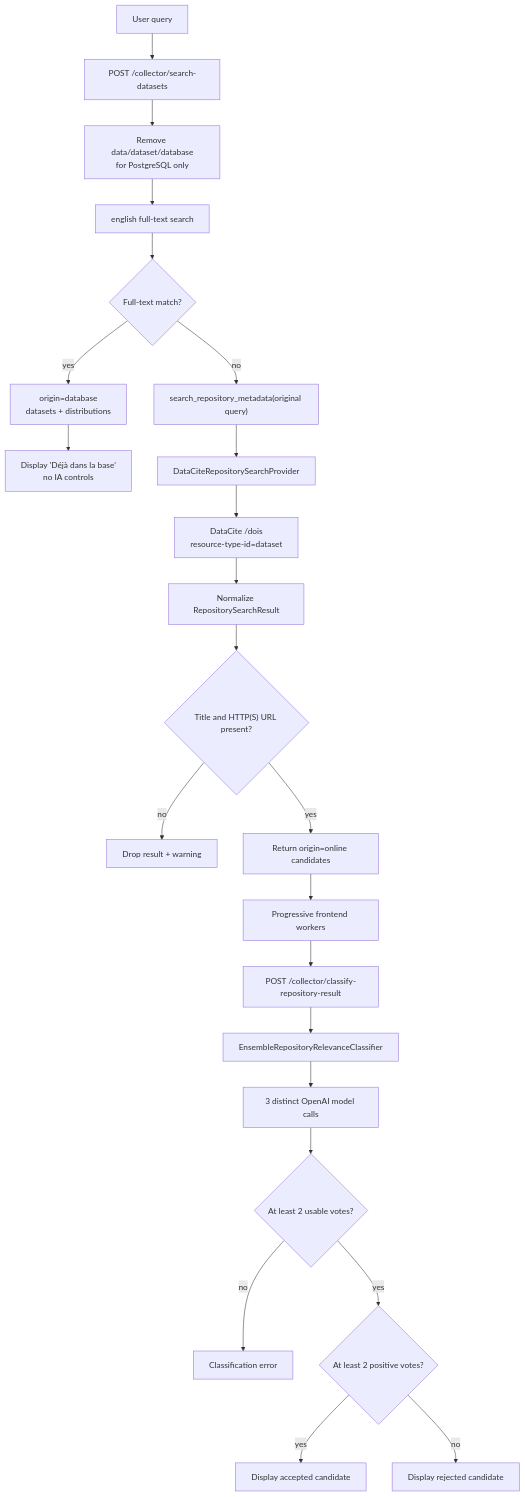
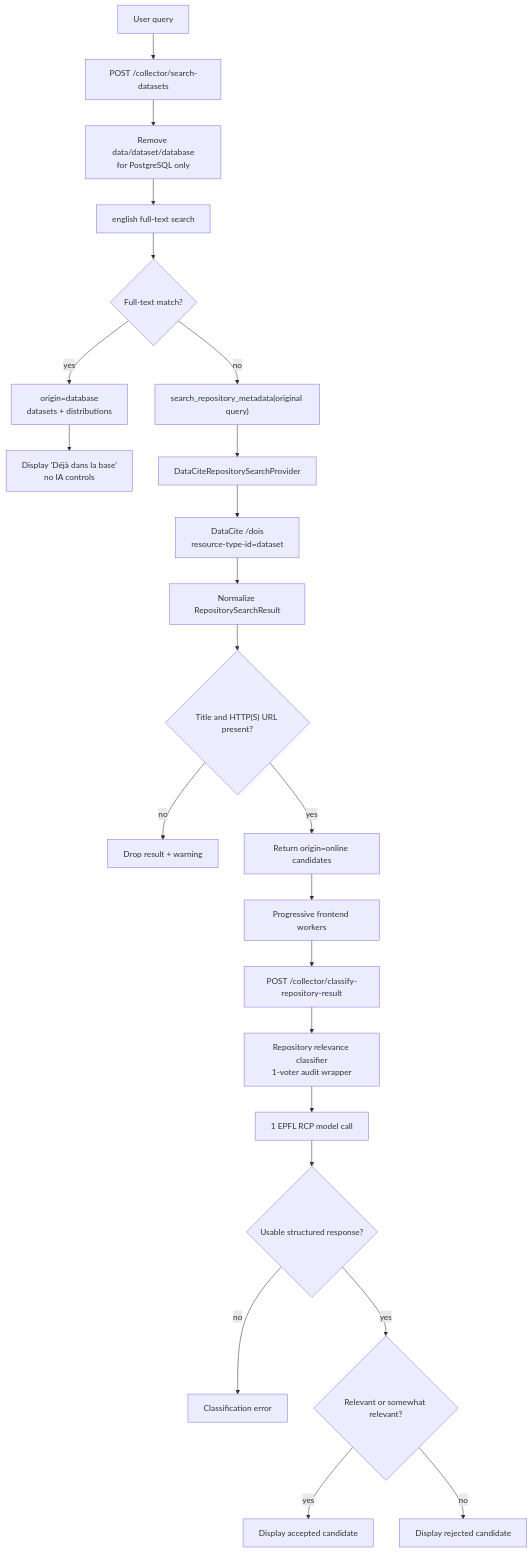
Before and after one commit to nicolasberlin/global-health-dataset-catalog: the second of 7 diagrams in docs/collector-pipeline-diagram.md, drawn with Mermaid. The commit also changed other lines of this file and 33 other files, not shown here.

Commit message:
Switch default classifier to EPFL RCP

````diff
--- a/docs/collector-pipeline-diagram.md
+++ b/docs/collector-pipeline-diagram.md
@@ -34,25 +34,25 @@
 ```mermaid
 flowchart TD
     Query["User query"] --> Route["POST /collector/search-datasets"]
     Route --> LocalQuery["Remove data/dataset/database<br/>for PostgreSQL only"]
     LocalQuery --> DBSearch["english full-text search"]
     DBSearch --> Match{"Full-text match?"}
     Match -->|yes| Local["origin=database<br/>datasets + distributions"]
     Local --> LocalUI["Display 'Déjà dans la base'<br/>no IA controls"]
     Match -->|no| Service["search_repository_metadata(original query)"]
     Service --> DataCite["DataCiteRepositorySearchProvider"]
     DataCite --> API["DataCite /dois<br/>resource-type-id=dataset"]
     API --> Normalize["Normalize RepositorySearchResult"]
     Normalize --> Filter{"Title and HTTP(S) URL present?"}
     Filter -->|no| MetadataWarning["Drop result + warning"]
     Filter -->|yes| Candidates["Return origin=online candidates"]
     Candidates --> Workers["Progressive frontend workers"]
     Workers --> ClassifyRoute["POST /collector/classify-repository-result"]
-    ClassifyRoute --> RepoClassifier["EnsembleRepositoryRelevanceClassifier"]
-    RepoClassifier --> Models["3 distinct OpenAI model calls"]
-    Models --> Quorum{"At least 2 usable votes?"}
-    Quorum -->|no| Error["Classification error"]
-    Quorum -->|yes| Majority{"At least 2 positive votes?"}
-    Majority -->|yes| Accepted["Display accepted candidate"]
-    Majority -->|no| Rejected["Display rejected candidate"]
+    ClassifyRoute --> RepoClassifier["Repository relevance classifier<br/>1-voter audit wrapper"]
+    RepoClassifier --> Model["1 EPFL RCP model call"]
+    Model --> Usable{"Usable structured response?"}
+    Usable -->|no| Error["Classification error"]
+    Usable -->|yes| Decision{"Relevant or somewhat relevant?"}
+    Decision -->|yes| Accepted["Display accepted candidate"]
+    Decision -->|no| Rejected["Display rejected candidate"]
 ```
````
